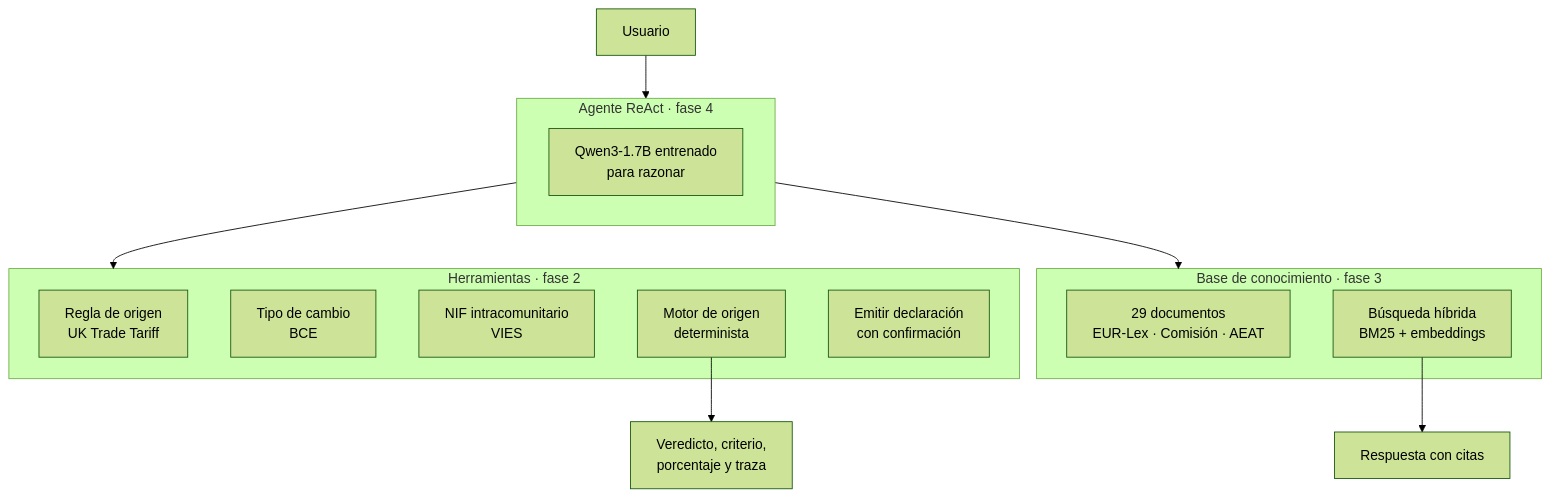
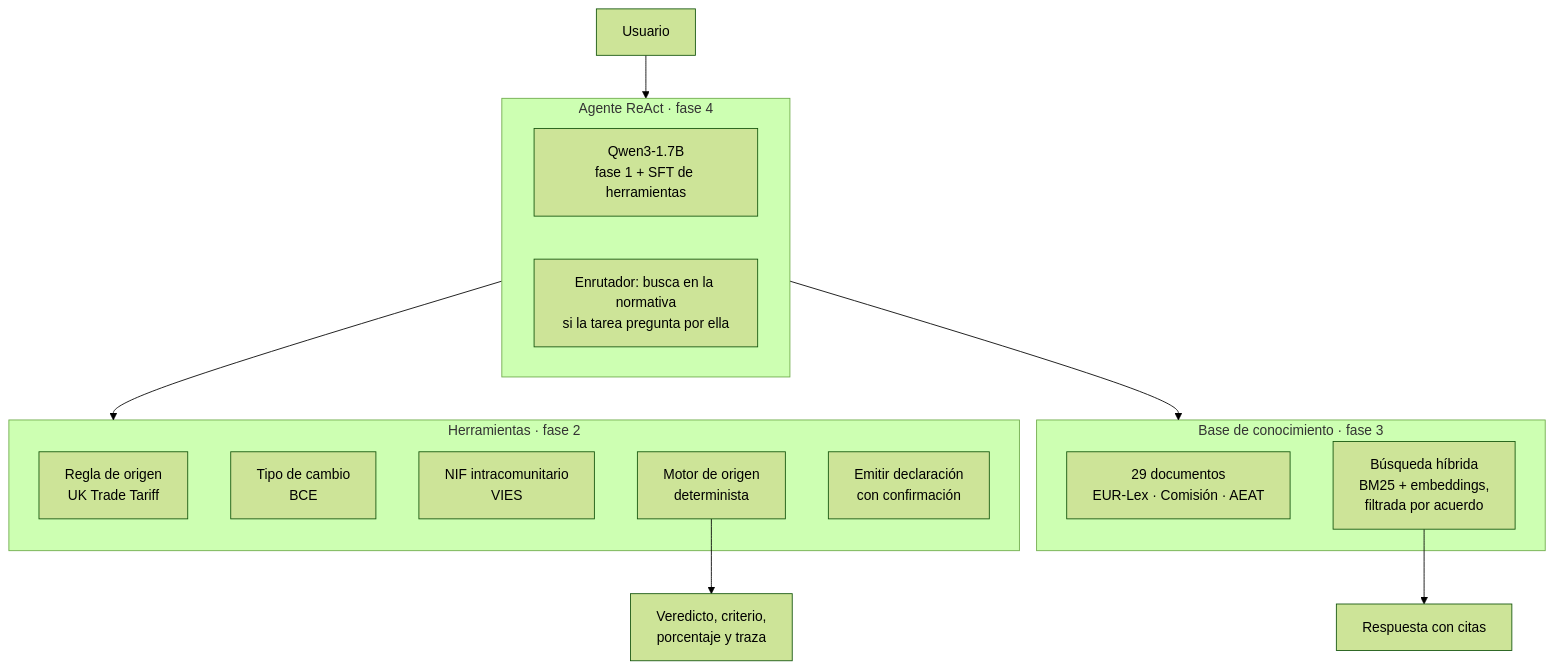
Before and after one commit to jaymanatee/DGM-Eduardov2: the diagram in README.md, drawn with Mermaid (forest theme). The commit also changed other lines of this file and 3 other files, not shown here.

````diff
--- a/README.md
+++ b/README.md
@@ -50,27 +60,28 @@
 ```mermaid
 flowchart TD
     U[Usuario] --> A
  
     subgraph A[Agente ReAct · fase 4]
-        L[Qwen3-1.7B entrenado<br/>para razonar]
+        L[Qwen3-1.7B<br/>fase 1 + SFT de herramientas]
+        E[Enrutador: busca en la normativa<br/>si la tarea pregunta por ella]
     end
  
     A --> T
     A --> R
  
     subgraph T[Herramientas · fase 2]
         T1[Regla de origen<br/>UK Trade Tariff]
         T2[Tipo de cambio<br/>BCE]
         T3[NIF intracomunitario<br/>VIES]
         T4[Motor de origen<br/>determinista]
         T5[Emitir declaración<br/>con confirmación]
     end
  
     subgraph R[Base de conocimiento · fase 3]
         R1[29 documentos<br/>EUR-Lex · Comisión · AEAT]
-        R2[Búsqueda híbrida<br/>BM25 + embeddings]
+        R2[Búsqueda híbrida<br/>BM25 + embeddings,<br/>filtrada por acuerdo]
     end
  
     T4 --> V[Veredicto, criterio,<br/>porcentaje y traza]
     R2 --> C[Respuesta con citas]
 ```
````
